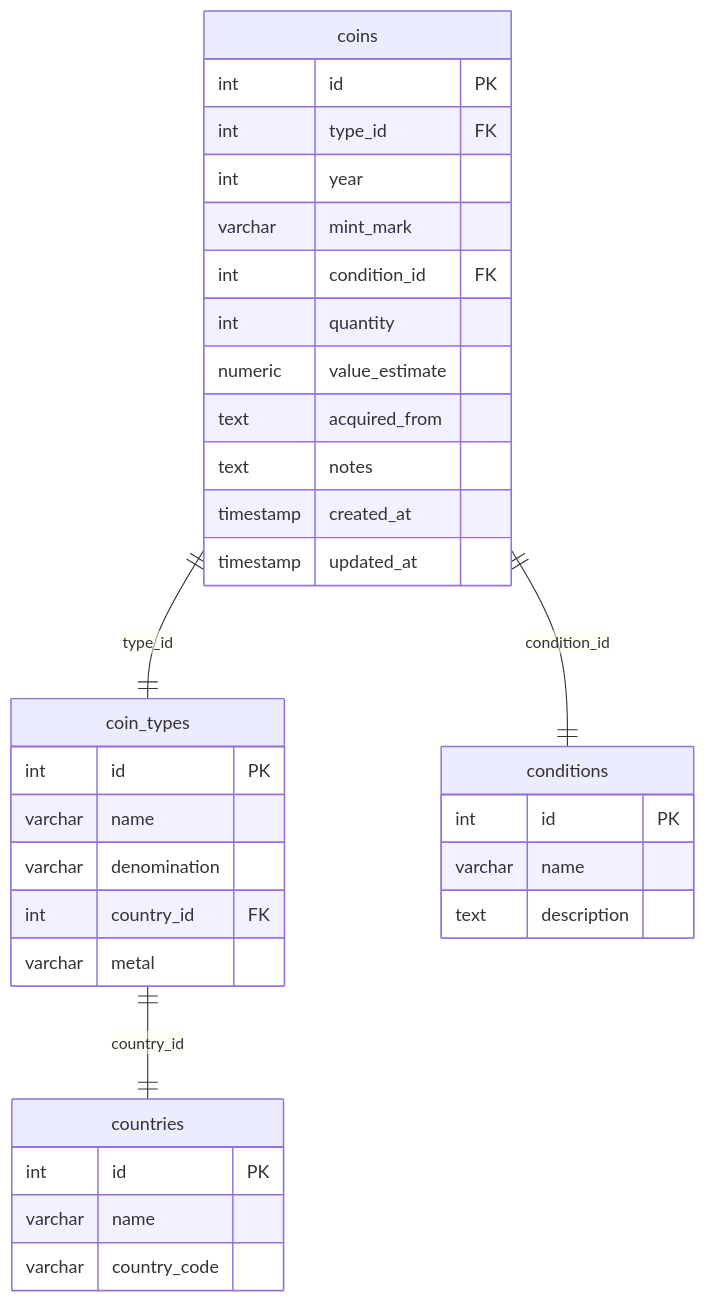
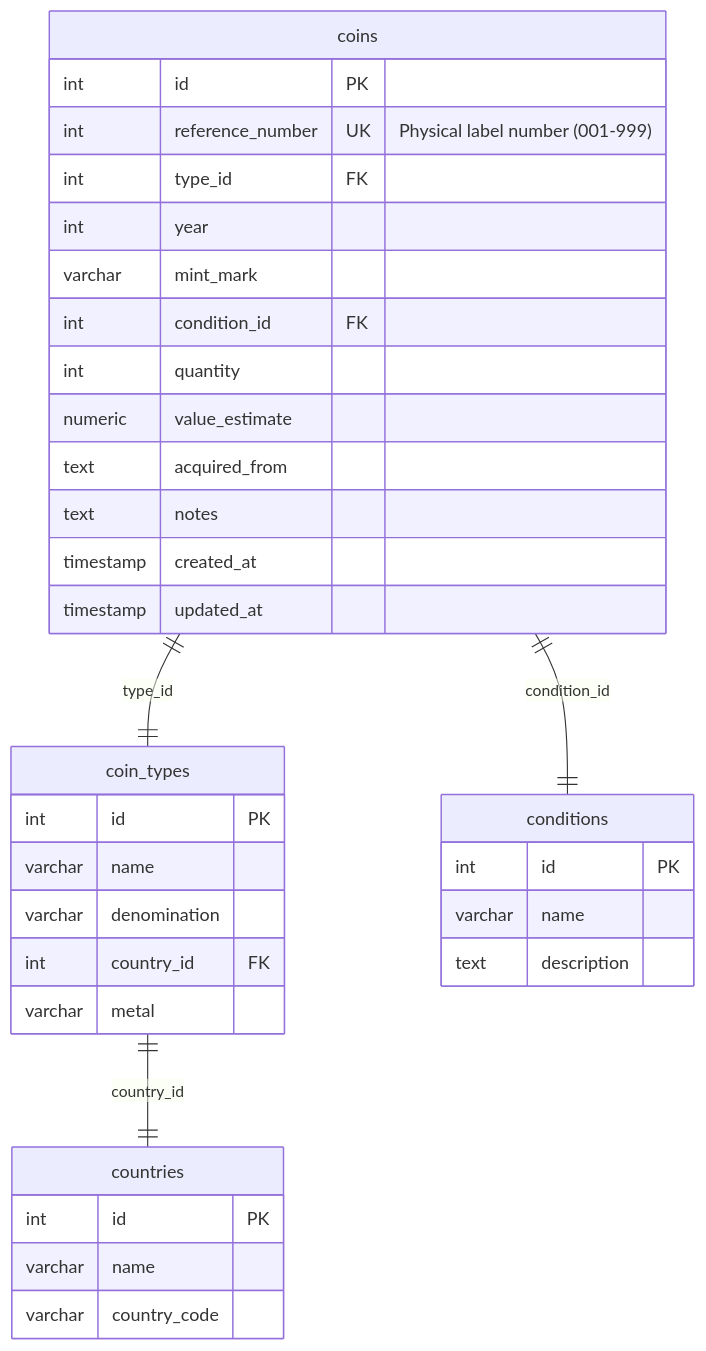
One commit to hungerfan/coin-collection-inventory-tracker changed the diagram in database-schema.md. Above: the diagram before and after it, drawn with Mermaid. The commit also changed 2 other files, not shown here.

Commit message:
Remove one-time migration files and update schema doc
- Removed migrations folder (one-time use, already applied to DB)
- Updated database-schema.md to include reference_number field
- Added UK (unique key) notation and description for reference_number
- Schema doc is now the source of truth for fresh installations

````diff
--- a/database-schema.md
+++ b/database-schema.md
@@ -1,40 +1,41 @@
 ```mermaid
 erDiagram
     coins {
         int id PK
+        int reference_number UK "Physical label number (001-999)"
         int type_id FK
         int year
         varchar mint_mark
         int condition_id FK
         int quantity
         numeric value_estimate
         text acquired_from
         text notes
         timestamp created_at
         timestamp updated_at
     }
 
     coin_types {
         int id PK
         varchar name
         varchar denomination
         int country_id FK
         varchar metal
     }
 
     conditions {
         int id PK
         varchar name
         text description
     }
 
     countries {
         int id PK
         varchar name
         varchar country_code
     }
 
     coins ||--|| coin_types : "type_id"
     coins ||--|| conditions : "condition_id"
     coin_types ||--|| countries : "country_id"
 ```
````
